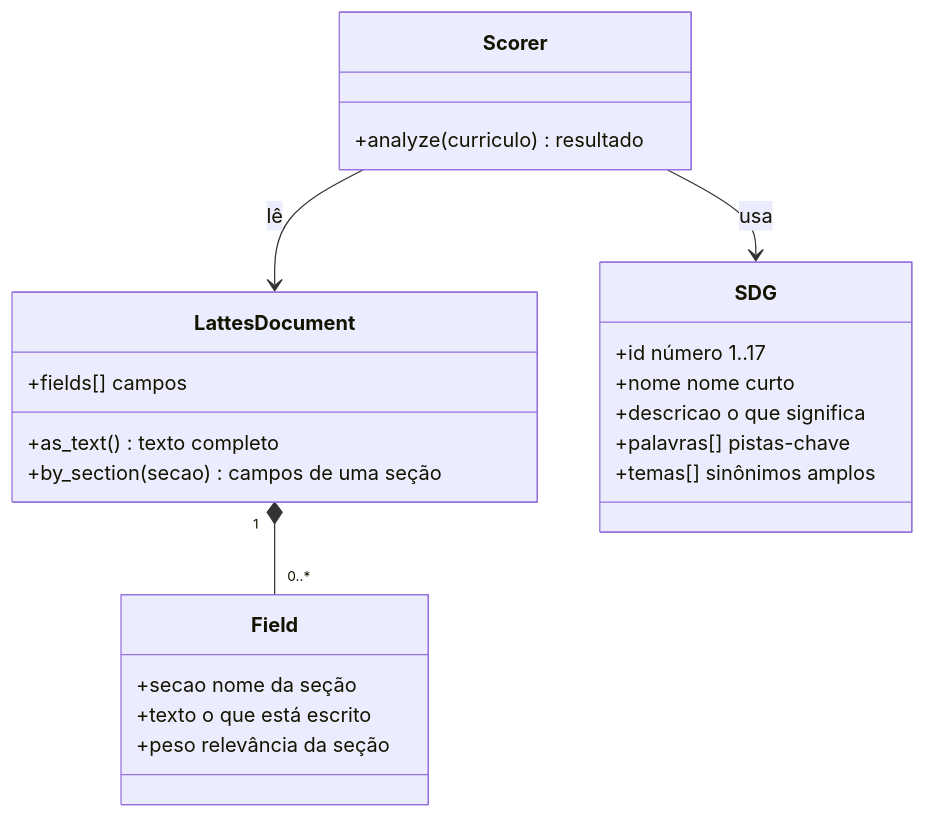
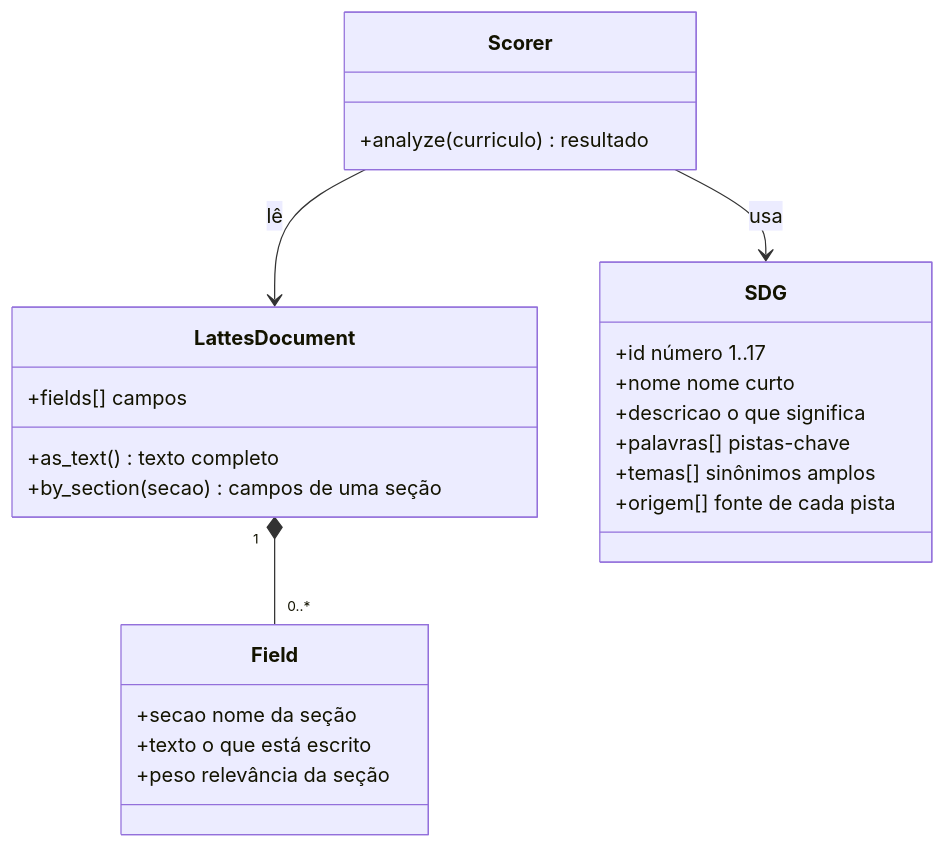
Before and after one commit to frederico-mello/cv-ods-classifier: the first of 5 diagrams in docs/03-modelo-de-dados.md, drawn with Mermaid. The commit also changed 15 other files, not shown here.

Commit message:
v2: estado da arte e taxonomias abertas (D9-D10); sintaxe Mermaid corrigida; doc 11; fixes factuais

````diff
--- a/docs/03-modelo-de-dados.md
+++ b/docs/03-modelo-de-dados.md
@@ -16,27 +16,28 @@
 ```mermaid
 classDiagram
     class LattesDocument {
         +fields[] campos
         +as_text() texto completo
         +by_section(secao) campos de uma seção
     }
     class Field {
         +secao nome da seção
         +texto o que está escrito
         +peso relevância da seção
     }
     class SDG {
         +id número 1..17
         +nome nome curto
         +descricao o que significa
         +palavras[] pistas-chave
         +temas[] sinônimos amplos
+        +origem[] fonte de cada pista
     }
     class Scorer {
         +analyze(curriculo) resultado
     }
 
     LattesDocument "1" *-- "0..*" Field
     Scorer --> SDG : usa
     Scorer --> LattesDocument : lê
 ```
````
